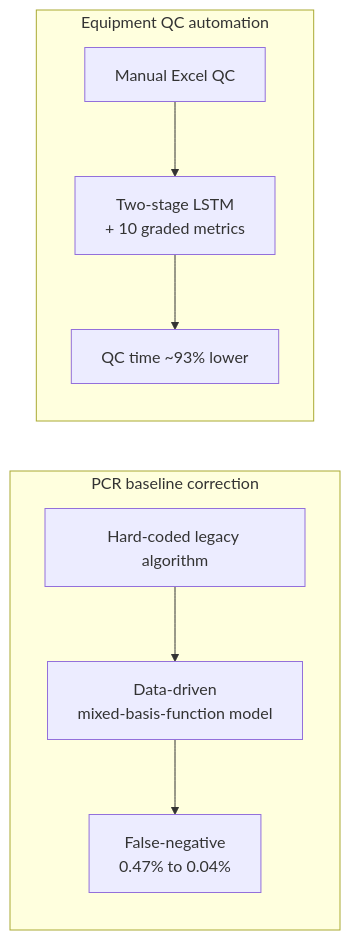
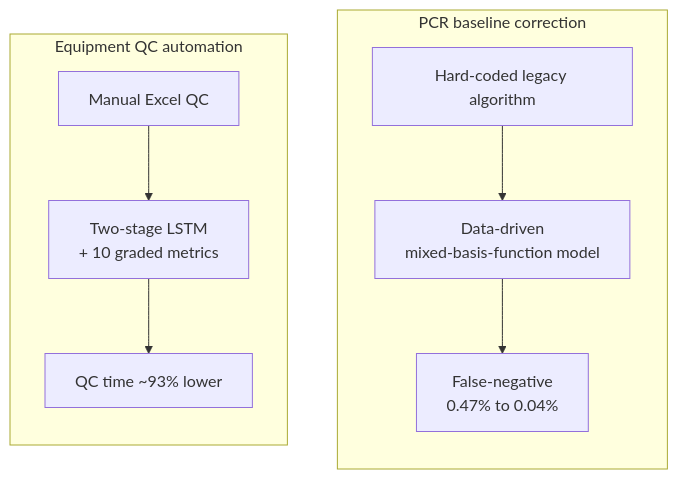
One commit to kmink3225/kmink3225.github.io changed the diagram in _projects/3_diagnostics_ml.md. Above: the diagram before and after it, drawn with Mermaid. The commit also changed other lines of this file and 3 other files, not shown here.

First line of the commit message:
fix(projects): stop diagram clipping (disable zoom) + platform-level flagship diagram

````diff
--- a/_projects/3_diagnostics_ml.md
+++ b/_projects/3_diagnostics_ml.md
@@ -33,13 +33,13 @@
 ```mermaid
-flowchart LR
+flowchart TB
     subgraph PCR[PCR baseline correction]
       direction TB
       L[Hard-coded legacy algorithm] --> D[Data-driven<br/>mixed-basis-function model]
       D --> FN[False-negative<br/>0.47% to 0.04%]
     end
     subgraph QC[Equipment QC automation]
       direction TB
       M[Manual Excel QC] --> LSTM[Two-stage LSTM<br/>+ 10 graded metrics]
       LSTM --> T[QC time ~93% lower]
     end
 ```
````
